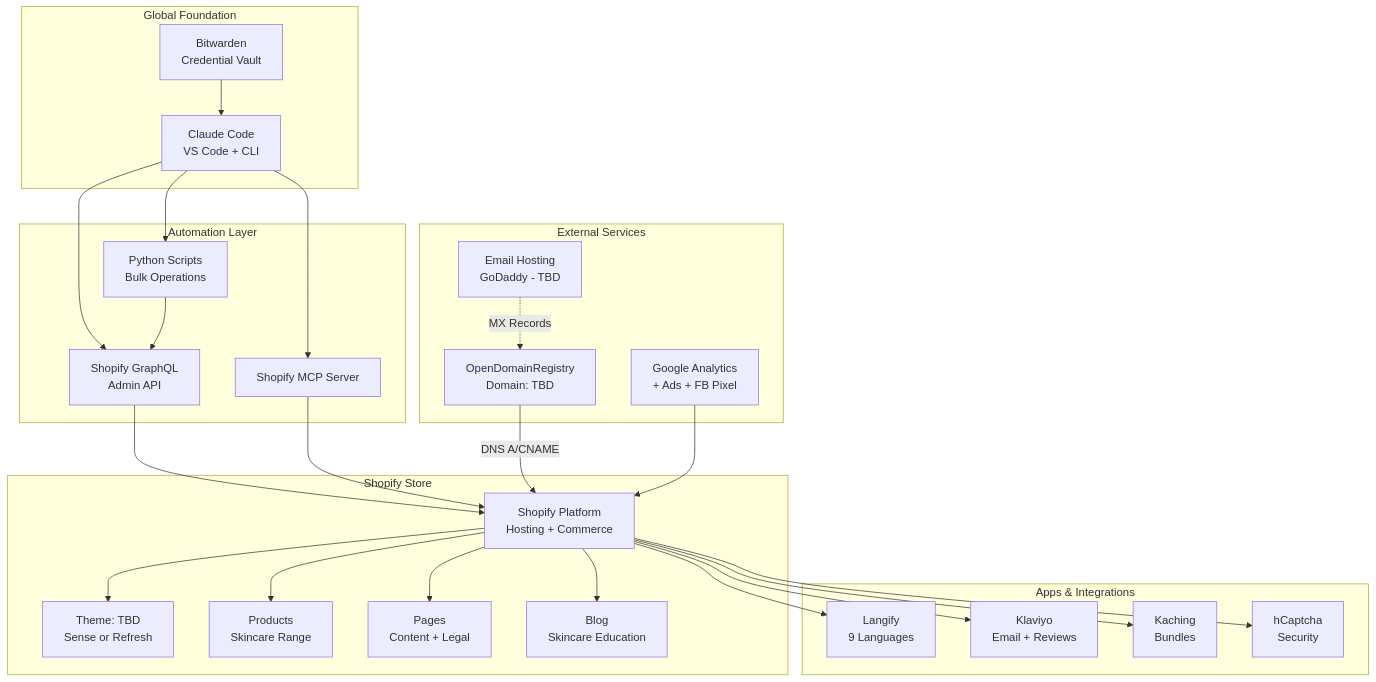
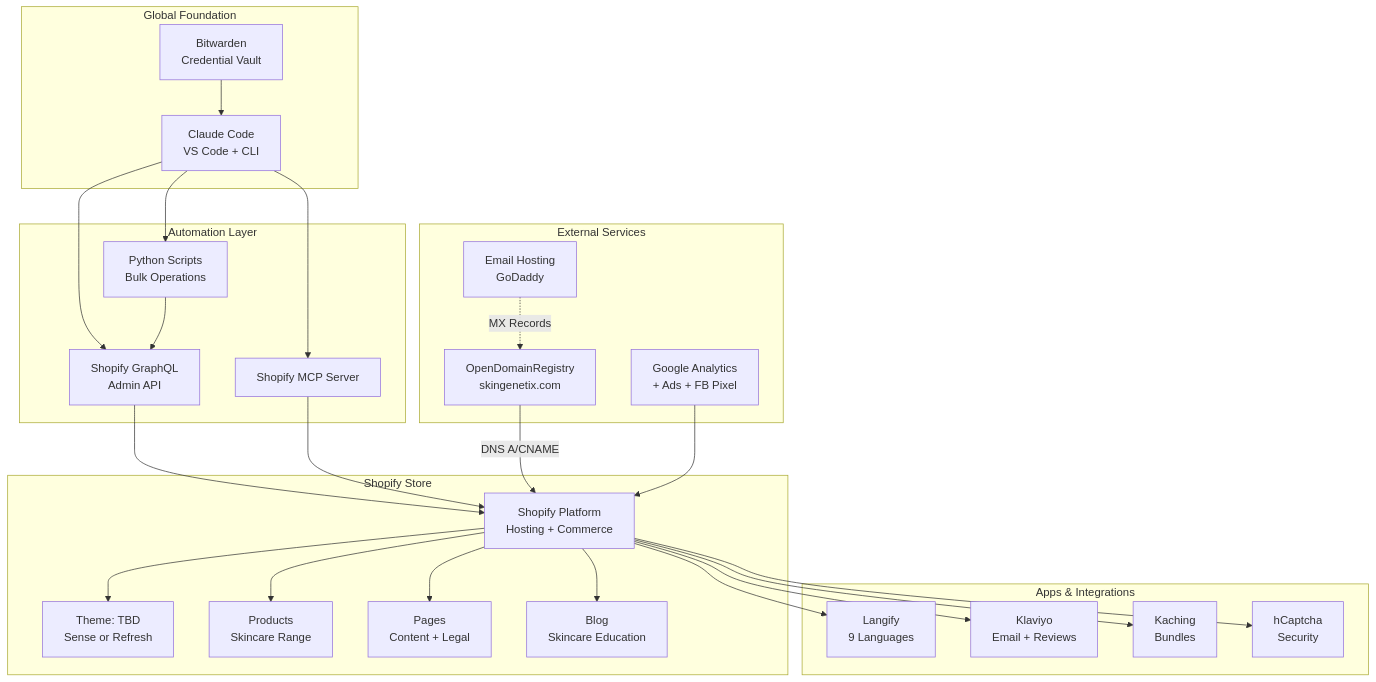
The diagram in docs/architecture.md (MrSmithNL/skingenetix-website), drawn with Mermaid before and after one commit. The commit also changed other lines of this file and 3 other files, not shown here.

````diff
--- a/docs/architecture.md
+++ b/docs/architecture.md
@@ -5,53 +5,53 @@
 ```mermaid
 graph TB
     subgraph "Global Foundation"
         CC[Claude Code<br/>VS Code + CLI]
         BW[Bitwarden<br/>Credential Vault]
     end
 
     subgraph "Automation Layer"
         GQLAPI[Shopify GraphQL<br/>Admin API]
         MCP[Shopify MCP Server]
         SCRIPTS[Python Scripts<br/>Bulk Operations]
     end
 
     subgraph "Shopify Store"
         SHOP[Shopify Platform<br/>Hosting + Commerce]
         THEME[Theme: TBD<br/>Sense or Refresh]
         PRODS[Products<br/>Skincare Range]
         PAGES[Pages<br/>Content + Legal]
         BLOG[Blog<br/>Skincare Education]
     end
 
     subgraph "Apps & Integrations"
         LANG[Langify<br/>9 Languages]
         KLAV[Klaviyo<br/>Email + Reviews]
         KACH[Kaching<br/>Bundles]
         HCAP[hCaptcha<br/>Security]
     end
 
     subgraph "External Services"
-        DOM[OpenDomainRegistry<br/>Domain: TBD]
-        EMAIL[Email Hosting<br/>GoDaddy - TBD]
+        DOM[OpenDomainRegistry<br/>skingenetix.com]
+        EMAIL[Email Hosting<br/>GoDaddy]
         GA[Google Analytics<br/>+ Ads + FB Pixel]
     end
 
     CC --> GQLAPI
     CC --> MCP
     CC --> SCRIPTS
     BW --> CC
     GQLAPI --> SHOP
     MCP --> SHOP
     SCRIPTS --> GQLAPI
     SHOP --> THEME
     SHOP --> PRODS
     SHOP --> PAGES
     SHOP --> BLOG
     SHOP --> LANG
     SHOP --> KLAV
     SHOP --> KACH
     SHOP --> HCAP
     DOM -->|DNS A/CNAME| SHOP
     EMAIL -.->|MX Records| DOM
     GA --> SHOP
 ```
````
